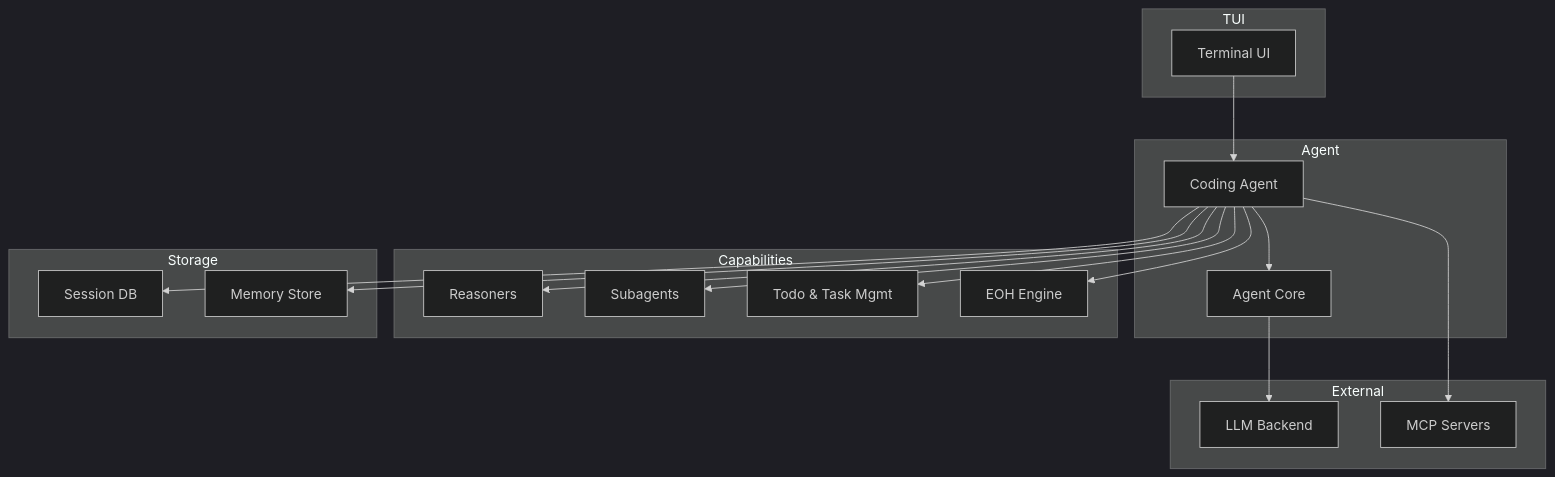
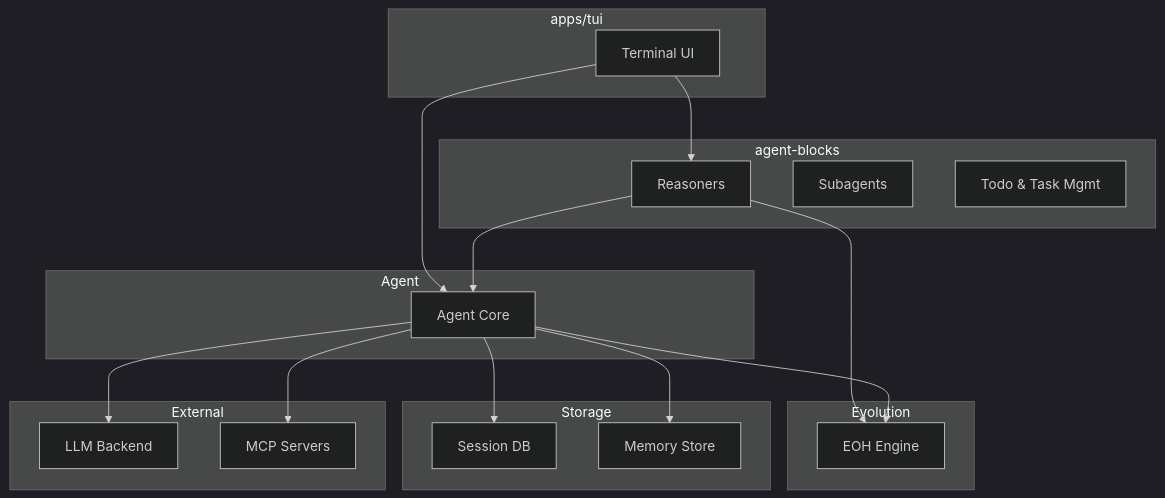
One commit to lseman/logician changed the diagram in docs/overview.md. Above: the diagram before and after it, drawn with Mermaid (dark theme). The commit also changed other lines of this file and 20 other files, not shown here.

````diff
--- a/docs/overview.md
+++ b/docs/overview.md
@@ -19,35 +19,35 @@
 ```mermaid
 graph TB
-  subgraph TUI
+  subgraph TUI["apps/tui"]
     A[Terminal UI]
   end
   subgraph Agent
-    B[Coding Agent]
     C[Agent Core]
   end
-  subgraph Capabilities
+  subgraph Capabilities["agent-blocks"]
     D[Reasoners]
     E[Subagents]
     F[Todo & Task Mgmt]
+  end
+  subgraph Evolution
     G[EOH Engine]
   end
   subgraph Storage
     H[Session DB]
     I[Memory Store]
   end
   subgraph External
     J[LLM Backend]
     K[MCP Servers]
   end
 
-  A --> B
-  B --> C
+  A --> C
   C --> J
-  B --> D
-  B --> E
-  B --> F
-  B --> G
-  B --> H
-  B --> I
-  B --> K
+  A --> D
+  D --> C
+  D --> G
+  C --> G
+  C --> H
+  C --> I
+  C --> K
 ```
````
